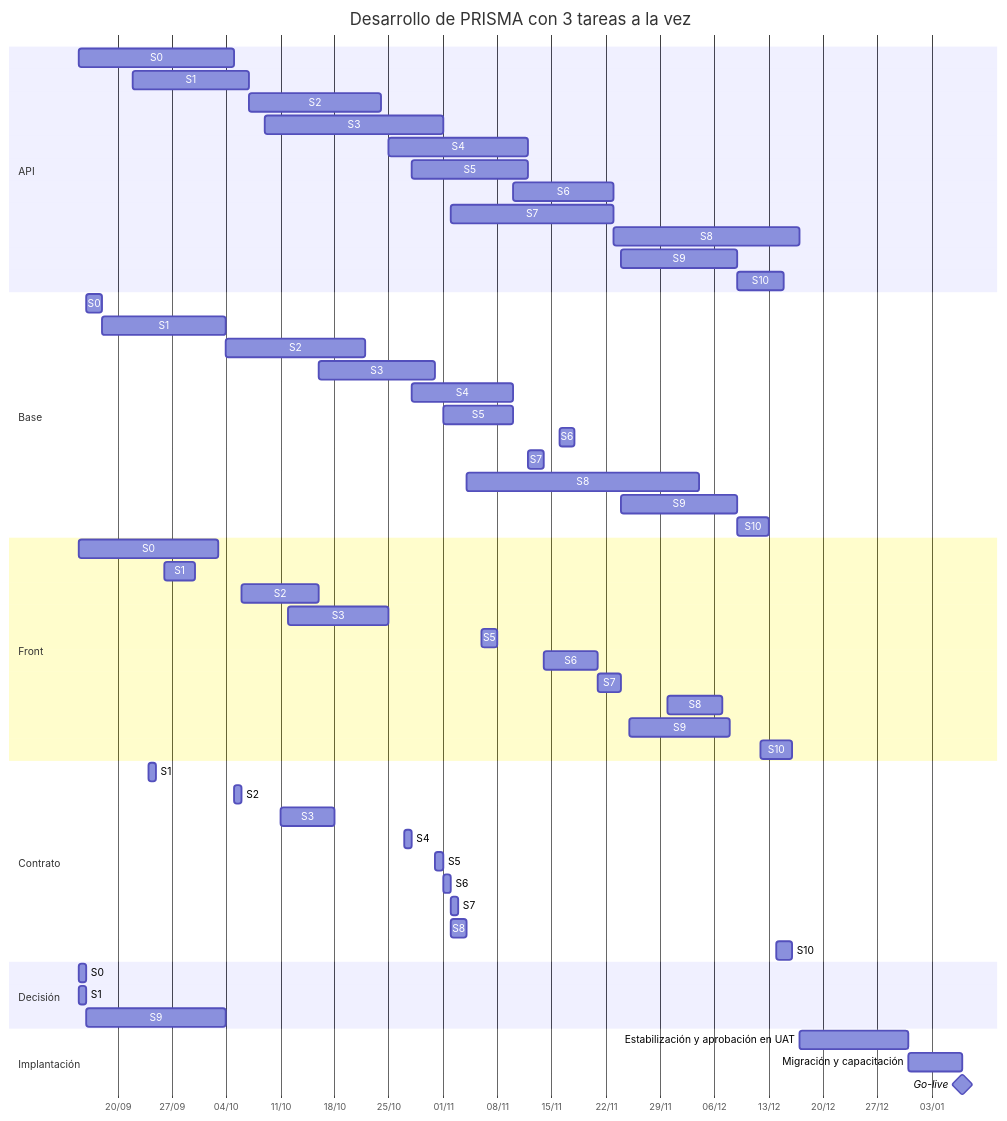
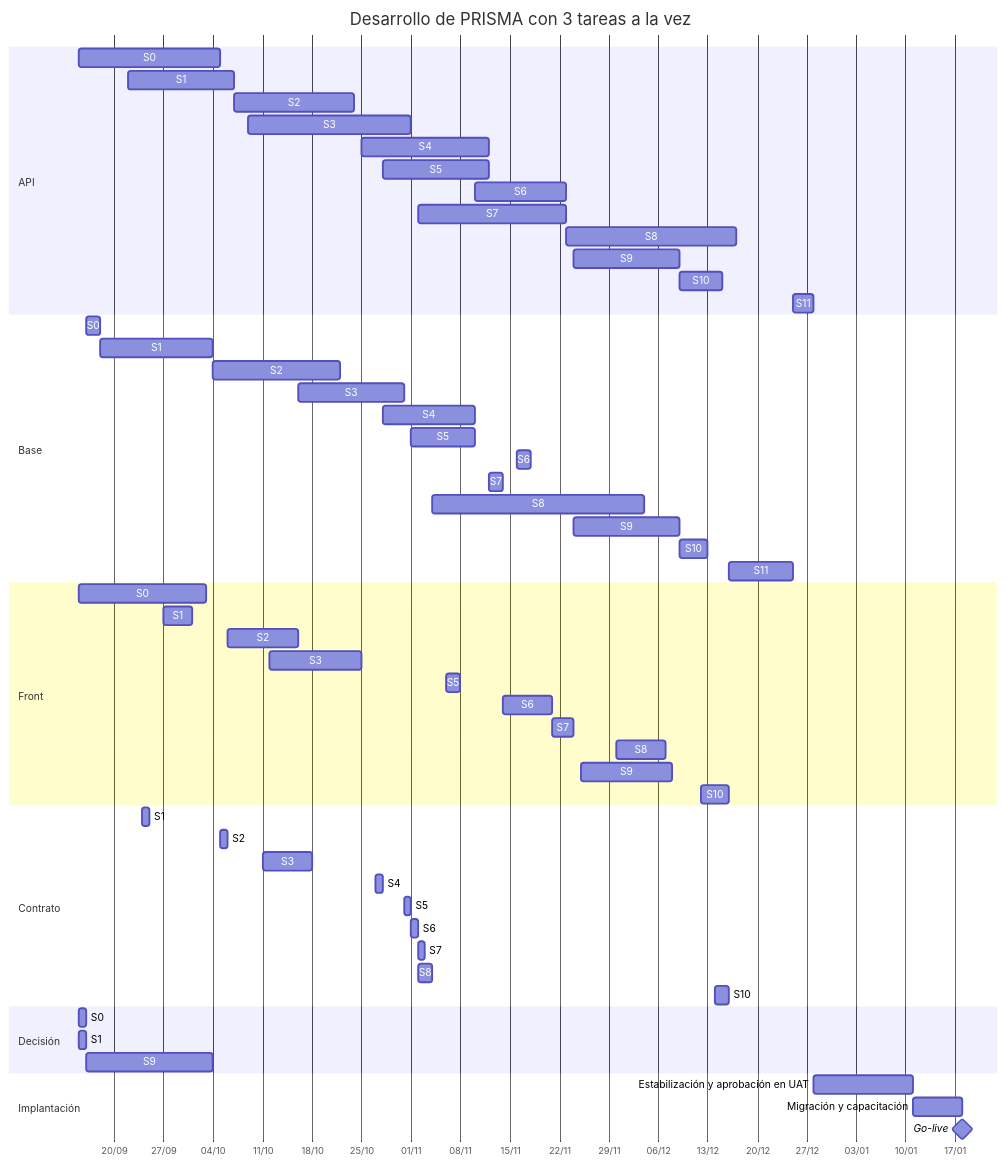
Before and after one commit to Juanchope039/Emprende-Documentation: the first of 2 diagrams in docs/08-plan-de-desarrollo.md, drawn with Mermaid. The commit also changed other lines of this file and 14 other files, not shown here.

````diff
--- a/docs/08-plan-de-desarrollo.md
+++ b/docs/08-plan-de-desarrollo.md
@@ -241,65 +241,67 @@
 ```mermaid
 gantt
     title Desarrollo de PRISMA con 3 tareas a la vez
     dateFormat YYYY-MM-DD
     axisFormat %d/%m
 
     section API
     S0 :api0, 2026-09-15, 2026-10-05
     S1 :api1, 2026-09-22, 2026-10-07
     S2 :api2, 2026-10-07, 2026-10-24
     S3 :api3, 2026-10-09, 2026-11-01
     S4 :api4, 2026-10-25, 2026-11-12
     S5 :api5, 2026-10-28, 2026-11-12
     S6 :api6, 2026-11-10, 2026-11-23
     S7 :api7, 2026-11-02, 2026-11-23
     S8 :api8, 2026-11-23, 2026-12-17
     S9 :api9, 2026-11-24, 2026-12-09
     S10 :api10, 2026-12-09, 2026-12-15
+    S11 :api11, 2026-12-25, 2026-12-28
 
     section Base
     S0 :base0, 2026-09-16, 2026-09-18
     S1 :base1, 2026-09-18, 2026-10-04
     S2 :base2, 2026-10-04, 2026-10-22
     S3 :base3, 2026-10-16, 2026-10-31
     S4 :base4, 2026-10-28, 2026-11-10
     S5 :base5, 2026-11-01, 2026-11-10
     S6 :base6, 2026-11-16, 2026-11-18
     S7 :base7, 2026-11-12, 2026-11-14
     S8 :base8, 2026-11-04, 2026-12-04
     S9 :base9, 2026-11-24, 2026-12-09
     S10 :base10, 2026-12-09, 2026-12-13
+    S11 :base11, 2026-12-16, 2026-12-25
 
     section Front
     S0 :front0, 2026-09-15, 2026-10-03
-    S1 :front1, 2026-09-26, 2026-09-30
+    S1 :front1, 2026-09-27, 2026-10-01
     S2 :front2, 2026-10-06, 2026-10-16
     S3 :front3, 2026-10-12, 2026-10-25
     S5 :front5, 2026-11-06, 2026-11-08
     S6 :front6, 2026-11-14, 2026-11-21
     S7 :front7, 2026-11-21, 2026-11-24
     S8 :front8, 2026-11-30, 2026-12-07
     S9 :front9, 2026-11-25, 2026-12-08
     S10 :front10, 2026-12-12, 2026-12-16
 
     section Contrato
     S1 :contrato1, 2026-09-24, 2026-09-25
     S2 :contrato2, 2026-10-05, 2026-10-06
     S3 :contrato3, 2026-10-11, 2026-10-18
     S4 :contrato4, 2026-10-27, 2026-10-28
     S5 :contrato5, 2026-10-31, 2026-11-01
     S6 :contrato6, 2026-11-01, 2026-11-02
     S7 :contrato7, 2026-11-02, 2026-11-03
     S8 :contrato8, 2026-11-02, 2026-11-04
     S10 :contrato10, 2026-12-14, 2026-12-16
 
     section Decisión
     S0 :decisin0, 2026-09-15, 2026-09-16
     S1 :decisin1, 2026-09-15, 2026-09-16
     S9 :decisin9, 2026-09-16, 2026-10-04
 
     section Implantación
-    Estabilización y aprobación en UAT :est, 2026-12-17, 2026-12-31
-    Migración y capacitación :mig, 2026-12-31, 2027-01-07
-    Go-live :milestone, 2027-01-07, 0d
+    Estabilización y aprobación en UAT :est, 2026-12-28, 2027-01-11
+    Migración y capacitación :mig, 2027-01-11, 2027-01-18
+    Go-live :milestone, 2027-01-18, 0d
 ```
````
